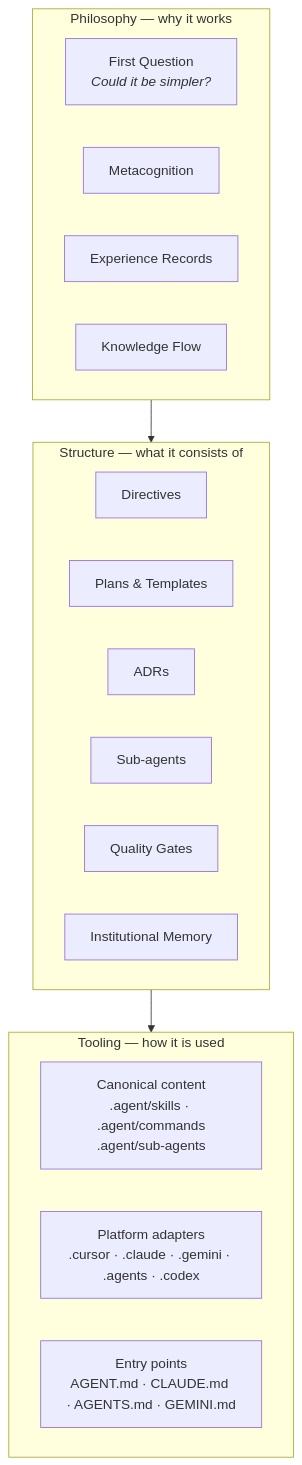
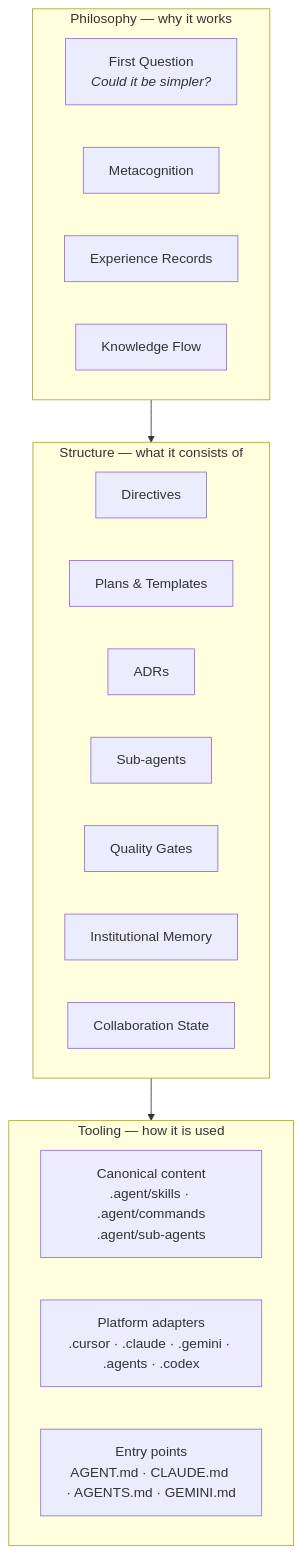
Before and after one commit to oaknational/oak-open-curriculum-ecosystem: the first of 3 diagrams in .agent/practice-core/practice.md, drawn with Mermaid. The commit also changed other lines of this file and 1727 other files, not shown here.

````diff
--- a/.agent/practice-core/practice.md
+++ b/.agent/practice-core/practice.md
@@ -25,26 +25,27 @@
 ```mermaid
 graph TB
     subgraph Philosophy ["Philosophy — why it works"]
         FQ["First Question<br/><i>Could it be simpler?</i>"]
         MC[Metacognition]
         EX[Experience Records]
         KF[Knowledge Flow]
     end
 
     subgraph Structure ["Structure — what it consists of"]
         DIR[Directives]
         PLANS[Plans & Templates]
         ADR[ADRs]
         SA[Sub-agents]
         QG[Quality Gates]
         MEM[Institutional Memory]
+        STATE[Collaboration State]
     end
 
     subgraph Tooling ["Tooling — how it is used"]
         CANON["Canonical content<br/>.agent/skills · .agent/commands<br/>.agent/sub-agents"]
         ADAPT["Platform adapters<br/>.cursor · .claude · .gemini · .agents · .codex"]
         ENTRY["Entry points<br/>AGENT.md · CLAUDE.md · AGENTS.md · GEMINI.md"]
     end
 
     Philosophy --> Structure --> Tooling
 ```
````
